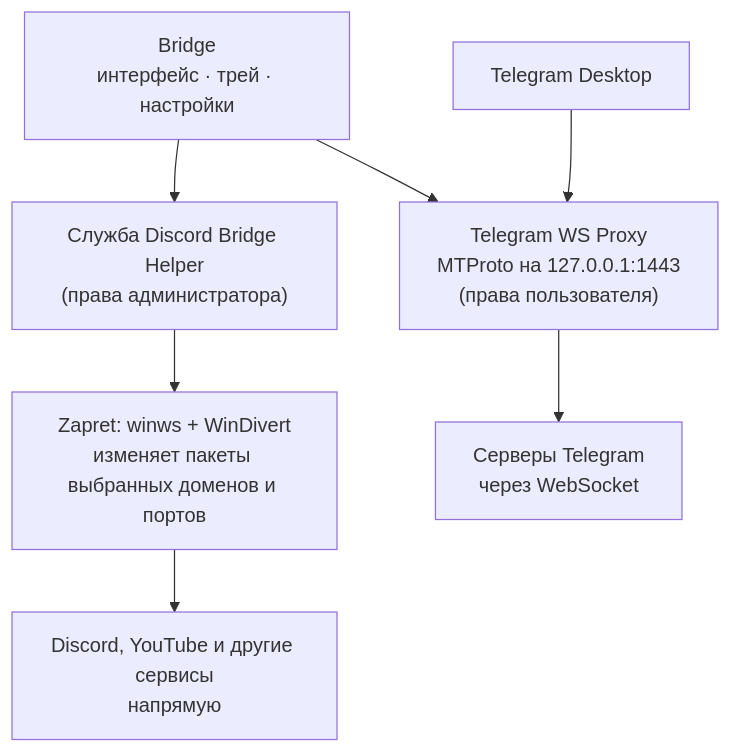
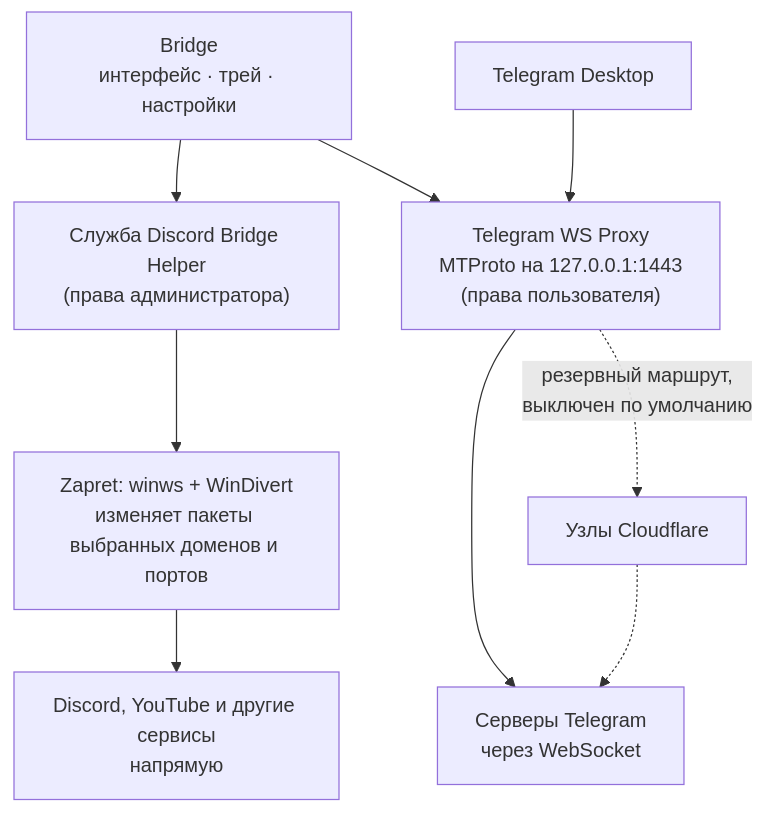
Before and after one commit to stardely62-oss/discord-bridge: the diagram in README.md, drawn with Mermaid. The commit also changed other lines of this file and 18 other files, not shown here.

````diff
--- a/README.md
+++ b/README.md
@@ -64,10 +91,12 @@
 ```mermaid
 flowchart TB
     UI["Bridge<br/>интерфейс · трей · настройки"]
     UI --> H["Служба Discord Bridge Helper<br/>(права администратора)"]
     UI --> T["Telegram WS Proxy<br/>MTProto на 127.0.0.1:1443<br/>(права пользователя)"]
     H --> Z["Zapret: winws + WinDivert<br/>изменяет пакеты выбранных доменов и портов"]
     Z --> S["Discord, YouTube и другие сервисы<br/>напрямую"]
     T --> TG["Серверы Telegram<br/>через WebSocket"]
+    T -.->|"резервный маршрут,<br/>выключен по умолчанию"| CF["Узлы Cloudflare"]
+    CF -.-> TG
     TD["Telegram Desktop"] --> T
 ```
````
